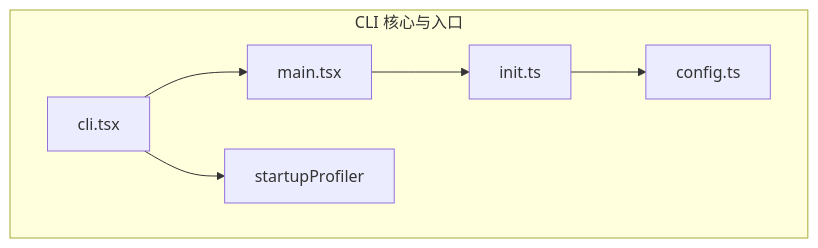
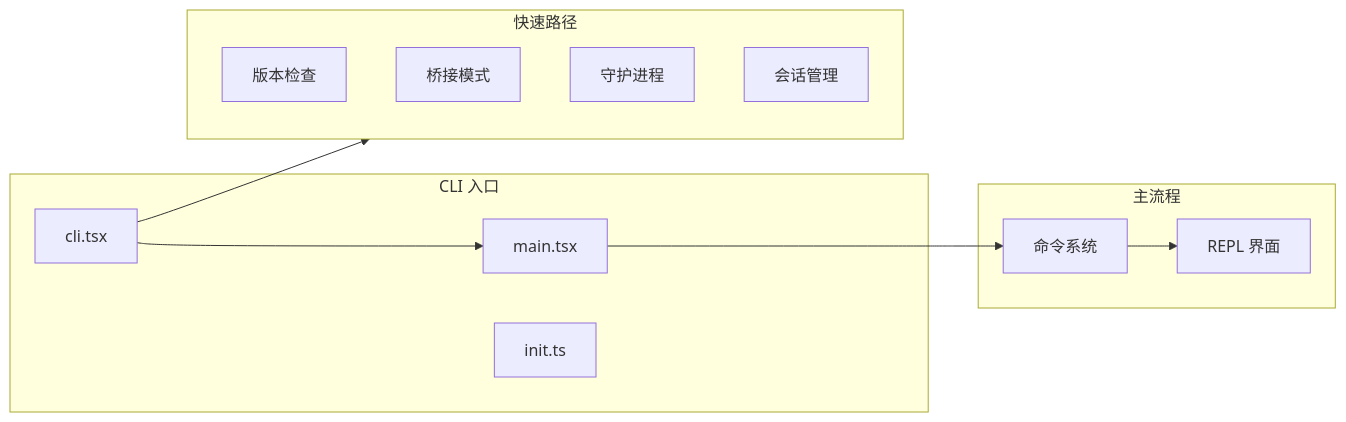
Before and after one commit to niuma996/claude-code-sourcemap-wiki: the first of 2 diagrams in .nium-wiki/wiki/cli/_index.md, drawn with Mermaid. The commit also changed other lines of this file and 1976 other files, not shown here.

````diff
--- a/.nium-wiki/wiki/cli/_index.md
+++ b/.nium-wiki/wiki/cli/_index.md
@@ -18,14 +9,22 @@
 ```mermaid
-flowchart TB
-    subgraph CLI["CLI 核心与入口"]
-        cli["cli.tsx"]
-        main["main.tsx"]
-        init["init.ts"]
-        profiler["startupProfiler"]
-        config["config.ts"]
+flowchart LR
+    subgraph Entry["CLI 入口"]
+        CLI["cli.tsx"]
+        Main["main.tsx"]
+        Init["init.ts"]
     end
-    cli --> main
-    cli --> profiler
-    main --> init
-    init --> config
+    subgraph FastPaths["快速路径"]
+        Version["版本检查"]
+        Bridge["桥接模式"]
+        Daemon["守护进程"]
+        Sessions["会话管理"]
+    end
+    subgraph MainFlow["主流程"]
+        Commands["命令系统"]
+        REPL["REPL 界面"]
+    end
+    CLI --> FastPaths
+    CLI --> Main
+    Main --> Commands
+    Commands --> REPL
 ```
````
